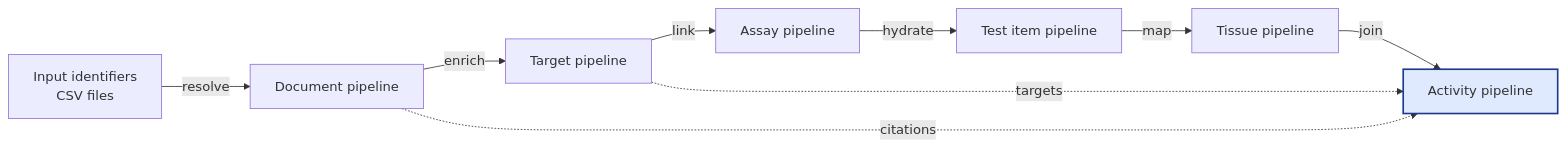
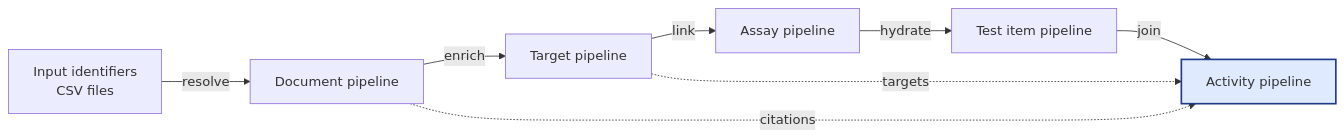
One commit to SatoryKono/ChEMBL_data_acquisition changed the diagram in README.md. Above: the diagram before and after it, drawn with Mermaid. The commit also changed other lines of this file and 4 other files, not shown here.

Commit message:
docs: align orchestrator scope with activity pipeline

````diff
--- a/README.md
+++ b/README.md
@@ -16,12 +16,11 @@
 ```mermaid
 flowchart LR
     A[Input identifiers\nCSV files] -->|resolve| B[Document pipeline]
     B -->|enrich| C[Target pipeline]
     C -->|link| D[Assay pipeline]
     D -->|hydrate| E[Test item pipeline]
-    E -->|map| G[Tissue pipeline]
-    G -->|join| F[Activity pipeline]
+    E -->|join| F[Activity pipeline]
     B -.->|citations| F
     C -.->|targets| F
     style F fill:#dfeaff,stroke:#1e3a8a,stroke-width:2px
 ```
````
